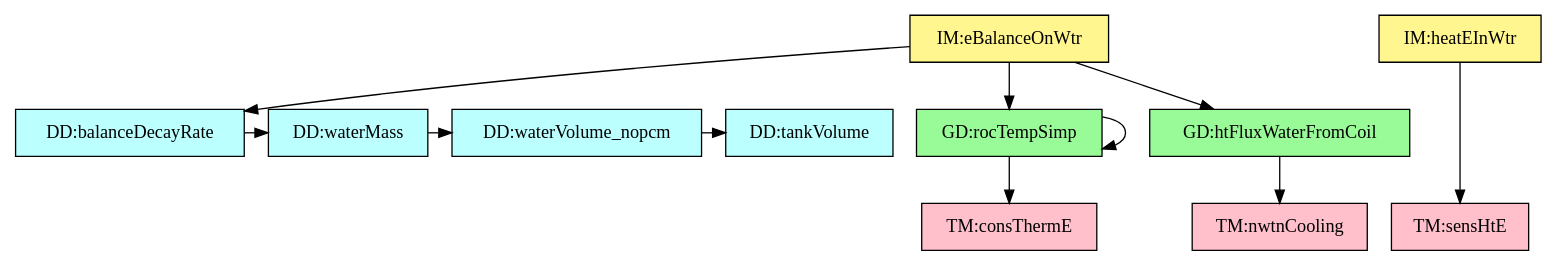
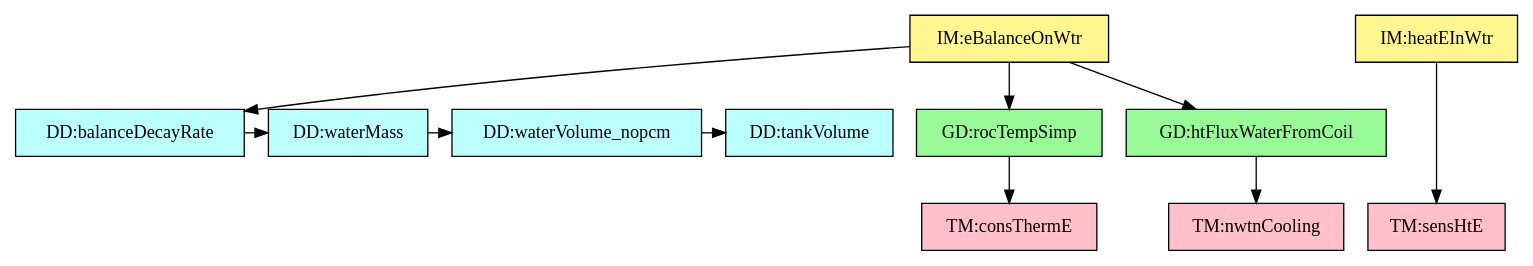
The diagram in code/stable/swhsnopcm/TraceyGraph/refvsref.dot (JacquesCarette/Drasil), drawn with Graphviz before and after one commit. The commit also changed 29 other files, not shown here.

```diff
--- a/code/stable/swhsnopcm/TraceyGraph/refvsref.dot
+++ b/code/stable/swhsnopcm/TraceyGraph/refvsref.dot
@@ -1,39 +1,38 @@
 digraph "refvsref" {
     "dataDefn:wMass" -> "dataDefn:wVol";
     "dataDefn:wVol" -> "dataDefn:tankVol";
     "dataDefn:tauW" -> "dataDefn:wMass";
     "theory:rocTempSimpRC" -> "theory:consThermECS";
-    "theory:rocTempSimpRC" -> "theory:rocTempSimpRC";
     "theory:htFluxC" -> "theory:nwtnCoolingTM";
     "theory:eBalanceOnWtrRC" -> "dataDefn:tauW";
     "theory:eBalanceOnWtrRC" -> "theory:rocTempSimpRC";
     "theory:eBalanceOnWtrRC" -> "theory:htFluxC";
     "theory:heatEInWtrIM" -> "theory:sensHeat";
     "dataDefn:wMass" [shape=box, color=black, style=filled, fillcolor="paleturquoise1", label="DD:waterMass"];
     "dataDefn:wVol" [shape=box, color=black, style=filled, fillcolor="paleturquoise1", label="DD:waterVolume_nopcm"];
     "dataDefn:tankVol" [shape=box, color=black, style=filled, fillcolor="paleturquoise1", label="DD:tankVolume"];
     "dataDefn:tauW" [shape=box, color=black, style=filled, fillcolor="paleturquoise1", label="DD:balanceDecayRate"];
     subgraph "DD" {
         rank="same";
         "dataDefn:wMass" "dataDefn:wVol" "dataDefn:tankVol" "dataDefn:tauW";
     }
     "theory:consThermECS" [shape=box, color=black, style=filled, fillcolor="pink", label="TM:consThermE"];
     "theory:sensHeat" [shape=box, color=black, style=filled, fillcolor="pink", label="TM:sensHtE"];
     "theory:nwtnCoolingTM" [shape=box, color=black, style=filled, fillcolor="pink", label="TM:nwtnCooling"];
     subgraph "TM" {
         rank="same";
         "theory:consThermECS" "theory:sensHeat" "theory:nwtnCoolingTM";
     }
     "theory:rocTempSimpRC" [shape=box, color=black, style=filled, fillcolor="palegreen", label="GD:rocTempSimp"];
     "theory:htFluxC" [shape=box, color=black, style=filled, fillcolor="palegreen", label="GD:htFluxWaterFromCoil"];
     subgraph "GD" {
         rank="same";
         "theory:rocTempSimpRC" "theory:htFluxC";
     }
     "theory:eBalanceOnWtrRC" [shape=box, color=black, style=filled, fillcolor="khaki1", label="IM:eBalanceOnWtr"];
     "theory:heatEInWtrIM" [shape=box, color=black, style=filled, fillcolor="khaki1", label="IM:heatEInWtr"];
     subgraph "IM" {
         rank="same";
         "theory:eBalanceOnWtrRC" "theory:heatEInWtrIM";
     }
 }
```
